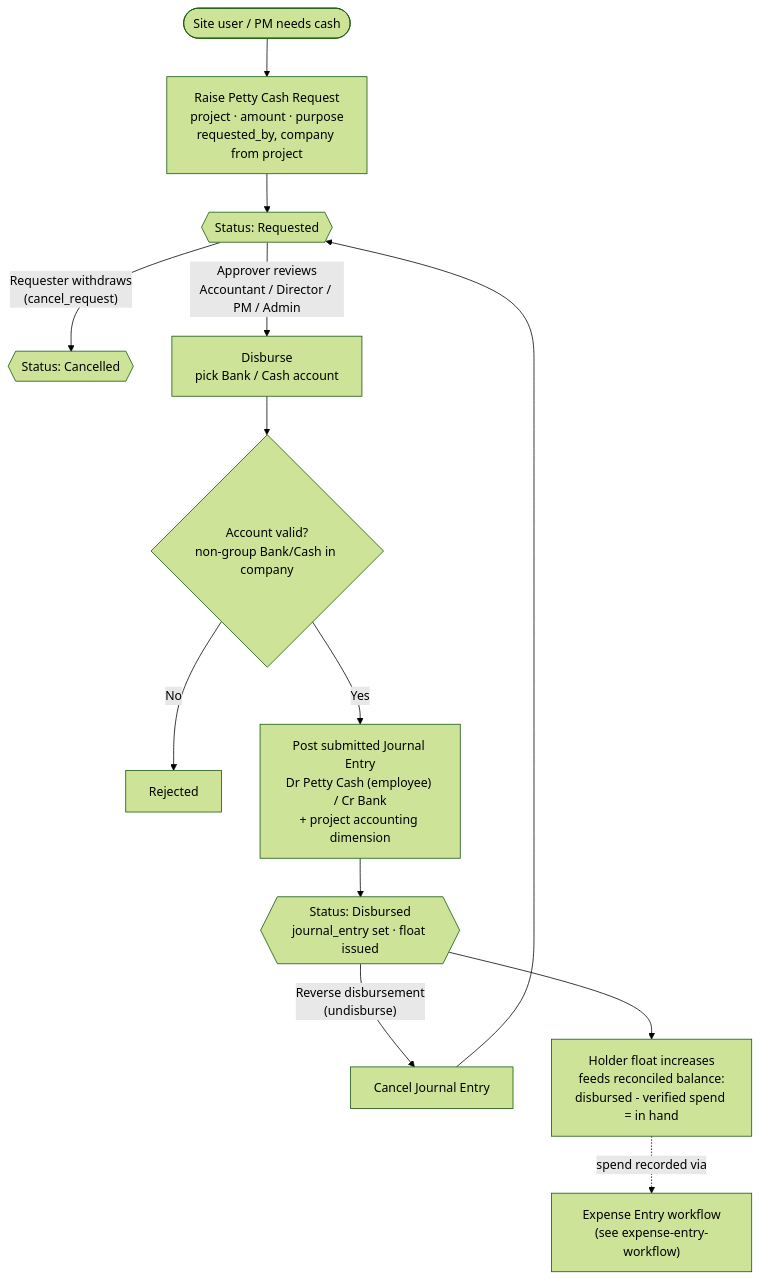
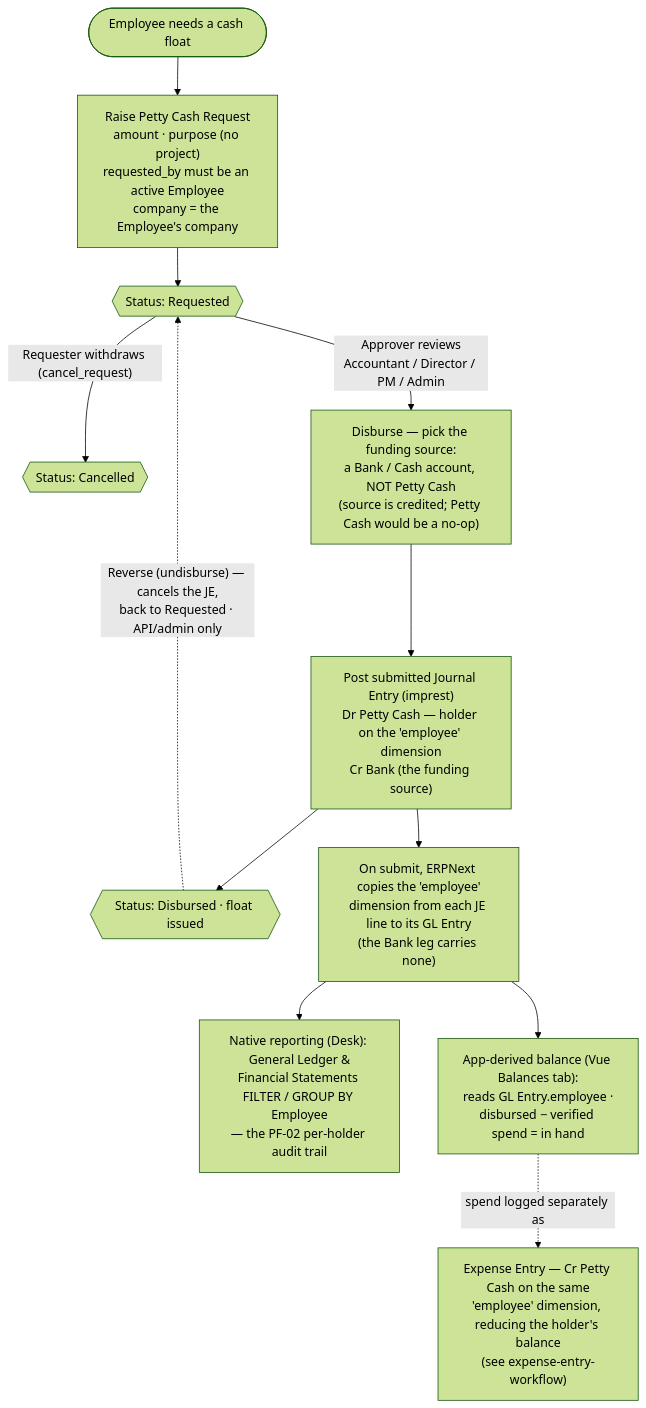
One commit to BuildSuite-io/buildsuite_core changed the diagram in docs/images/mermaid/petty-cash-workflow.mmd. Above: the diagram before and after it, drawn with Mermaid (forest theme).

Commit message:
docs: refresh petty-cash workflow (imprest + employee dimension)
Update the Mermaid diagram to the current implementation: Employee-only
requests (no project; company from the Employee), disburse from a Bank/Cash
source (not Petty Cash), and show how the 'employee' accounting dimension flows
JE line -> GL Entry, unlocking native GL/Financial-Statement grouping and the
app-derived per-holder balance. Reverse is API/admin-only.

```diff
--- a/docs/images/mermaid/petty-cash-workflow.mmd
+++ b/docs/images/mermaid/petty-cash-workflow.mmd
@@ -1,21 +1,21 @@
 %% Petty Cash Request — live workflow (buildsuite_core)
-%% Request -> Disburse (posts a Journal Entry) -> optionally Reverse.
+%% Imprest model (PF-02): Employee requests -> Approver disburses (posts a Journal
+%% Entry, holder stamped via the 'employee' accounting dimension) -> spend via Expense Entry.
 flowchart TD
-    start(["Site user / PM needs cash"]) --> req["Raise Petty Cash Request<br/>project · amount · purpose<br/>requested_by, company from project"]
+    start(["Employee needs a cash float"]) --> req["Raise Petty Cash Request<br/>amount · purpose (no project)<br/>requested_by must be an active Employee<br/>company = the Employee's company"]
     req --> S_REQ{{"Status: Requested"}}
 
-    S_REQ -->|"Requester withdraws<br/>(cancel_request)"| CANC{{"Status: Cancelled"}}
+    S_REQ -->|"Requester withdraws (cancel_request)"| CANC{{"Status: Cancelled"}}
 
-    S_REQ -->|"Approver reviews<br/>Accountant / Director / PM / Admin"| disb["Disburse<br/>pick Bank / Cash account"]
-    disb --> gate{"Account valid?<br/>non-group Bank/Cash in company"}
-    gate -->|"No"| err["Rejected"]
-    gate -->|"Yes"| je1["Post submitted Journal Entry<br/>Dr Petty Cash (employee) / Cr Bank<br/>+ project accounting dimension"]
-    je1 --> S_DIS{{"Status: Disbursed<br/>journal_entry set · float issued"}}
+    S_REQ -->|"Approver reviews<br/>Accountant / Director / PM / Admin"| disb["Disburse — pick the funding source:<br/>a Bank / Cash account, NOT Petty Cash<br/>(source is credited; Petty Cash would be a no-op)"]
+    disb --> je1["Post submitted Journal Entry (imprest)<br/>Dr Petty Cash — holder on the 'employee' dimension<br/>Cr Bank (the funding source)"]
+    je1 --> S_DIS{{"Status: Disbursed · float issued"}}
+    S_DIS -.->|"Reverse (undisburse) — cancels the JE,<br/>back to Requested · API/admin only"| S_REQ
 
-    S_DIS -->|"Reverse disbursement<br/>(undisburse)"| rev["Cancel Journal Entry"]
-    rev --> S_REQ
+    %% How the dimension flows to the ledger and what it unlocks
+    je1 --> gl["On submit, ERPNext copies the 'employee'<br/>dimension from each JE line to its GL Entry<br/>(the Bank leg carries none)"]
+    gl --> rpt["Native reporting (Desk): General Ledger &<br/>Financial Statements FILTER / GROUP BY Employee<br/>— the PF-02 per-holder audit trail"]
+    gl --> bal["App-derived balance (Vue Balances tab):<br/>reads GL Entry.employee ·<br/>disbursed − verified spend = in hand"]
 
-    S_DIS --> bal["Holder float increases<br/>feeds reconciled balance:<br/>disbursed - verified spend = in hand"]
-
-    %% Spend against the float is recorded separately as an Expense Entry
-    bal -.->|"spend recorded via"| exp["Expense Entry workflow<br/>(see expense-entry-workflow)"]
+    %% Spend reduces the float, on the same dimension
+    bal -.->|"spend logged separately as"| exp["Expense Entry — Cr Petty Cash on the same<br/>'employee' dimension, reducing the holder's balance<br/>(see expense-entry-workflow)"]
```
